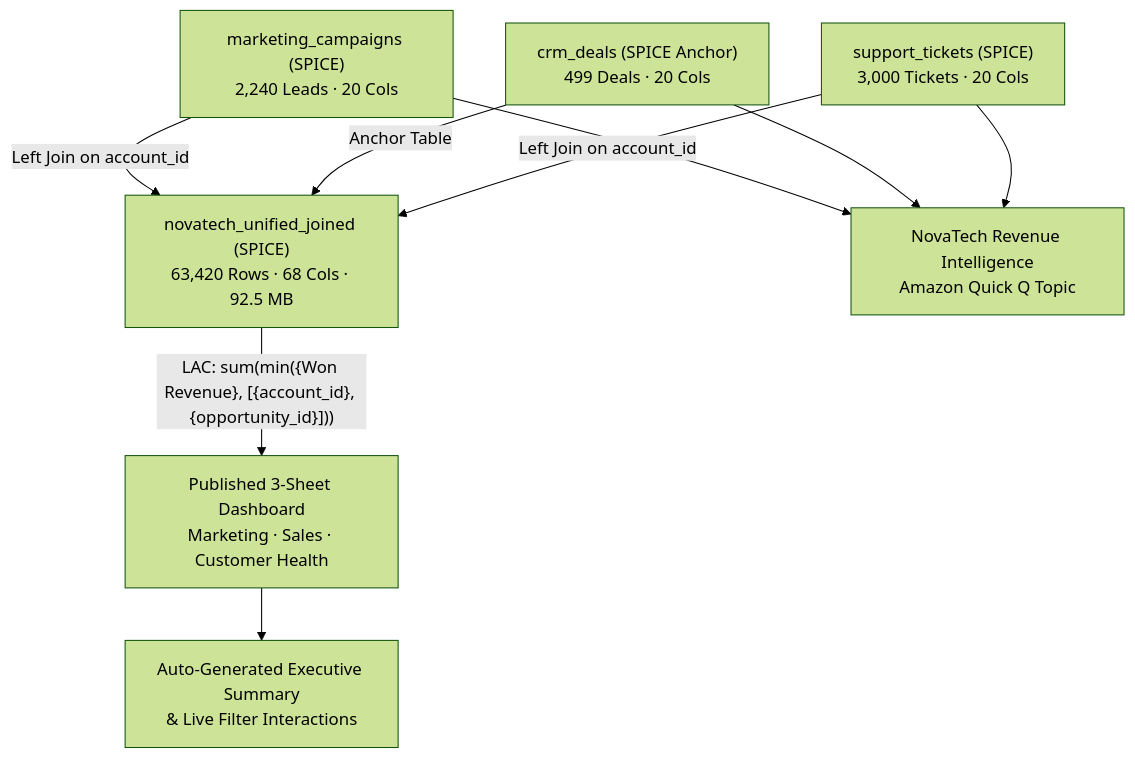
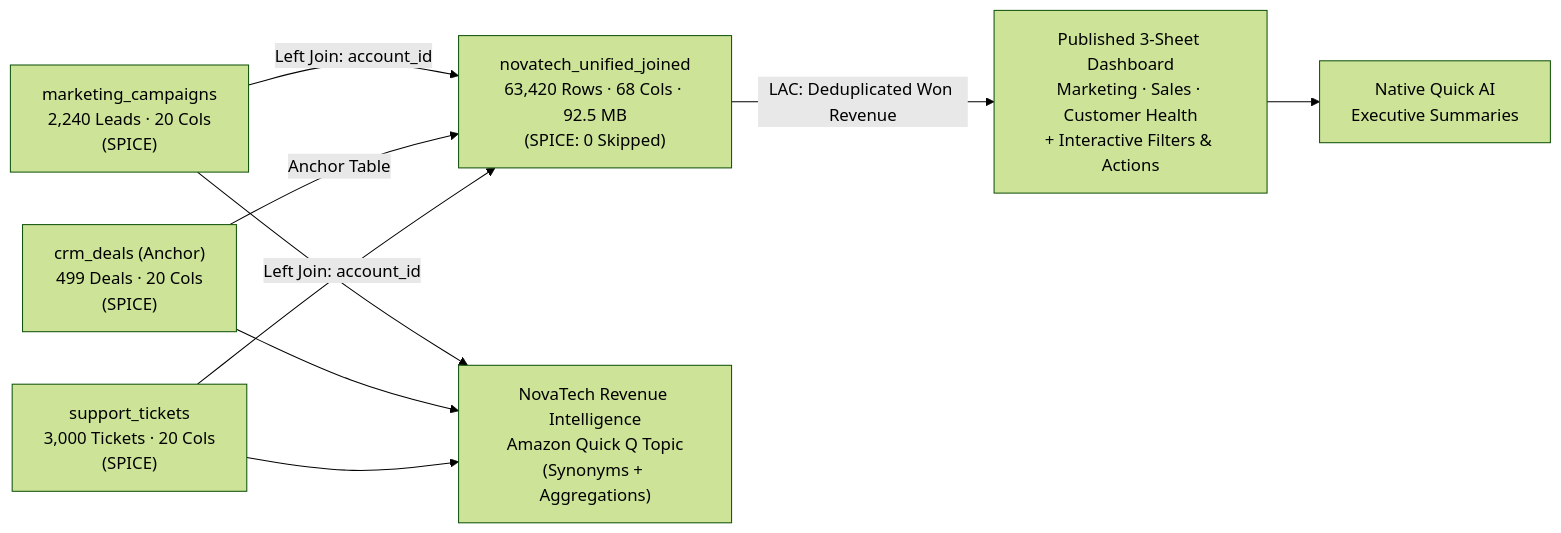
Before and after one commit to GhariebML/NovaTech-Revenue-Intelligence-Dashboard: the diagram in README.md, drawn with Mermaid (forest theme). The commit also changed other lines of this file, not shown here.

Commit message:
Enhance README with executive layout, LAC formulas, and curated live Amazon Quick visual galleries

````diff
--- a/README.md
+++ b/README.md
@@ -43,11 +75,11 @@
 ```mermaid
-flowchart TD
-    M["marketing_campaigns (SPICE)<br/>2,240 Leads · 20 Cols"] -->|"Left Join on account_id"| U
-    C["crm_deals (SPICE Anchor)<br/>499 Deals · 20 Cols"] -->|"Anchor Table"| U
-    S["support_tickets (SPICE)<br/>3,000 Tickets · 20 Cols"] -->|"Left Join on account_id"| U
-    U["novatech_unified_joined (SPICE)<br/>63,420 Rows · 68 Cols · 92.5 MB"] -->|"LAC: sum(min({Won Revenue}, [{account_id}, {opportunity_id}]))"| D["Published 3-Sheet Dashboard<br/>Marketing · Sales · Customer Health"]
-    M --> Q["NovaTech Revenue Intelligence<br/>Amazon Quick Q Topic"]
-    C --> Q
-    S --> Q
-    D --> E["Auto-Generated Executive Summary<br/>& Live Filter Interactions"]
+flowchart LR
+    M["marketing_campaigns<br/>2,240 Leads · 20 Cols<br/>(SPICE)"] -->|"Left Join: account_id"| U
+    C["crm_deals (Anchor)<br/>499 Deals · 20 Cols<br/>(SPICE)"] -->|"Anchor Table"| U
+    S["support_tickets<br/>3,000 Tickets · 20 Cols<br/>(SPICE)"] -->|"Left Join: account_id"| U
+
+    U["novatech_unified_joined<br/>63,420 Rows · 68 Cols · 92.5 MB<br/>(SPICE: 0 Skipped)"] -->|"LAC: Deduplicated Won Revenue"| D["Published 3-Sheet Dashboard<br/>Marketing · Sales · Customer Health<br/>+ Interactive Filters & Actions"]
+
+    M & C & S --> Q["NovaTech Revenue Intelligence<br/>Amazon Quick Q Topic<br/>(Synonyms + Aggregations)"]
+    D --> E["Native Quick AI<br/>Executive Summaries"]
 ```
````
